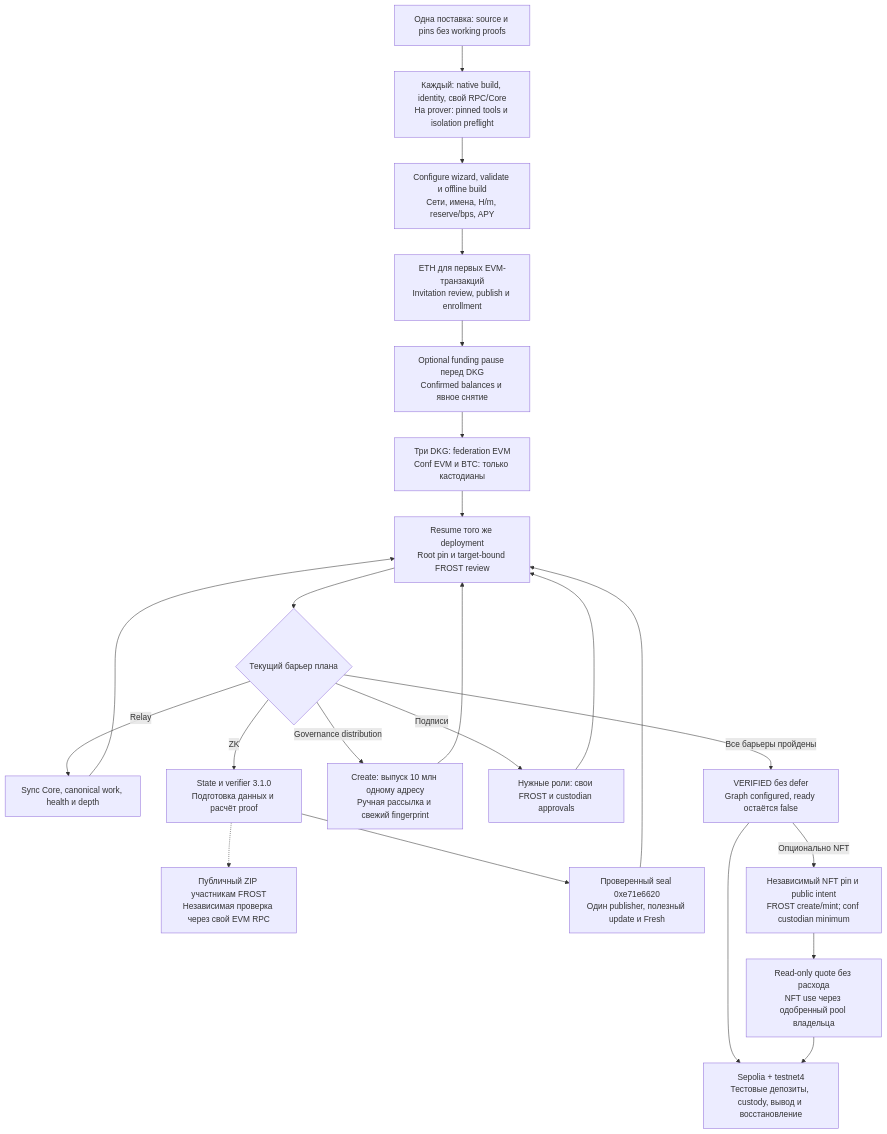
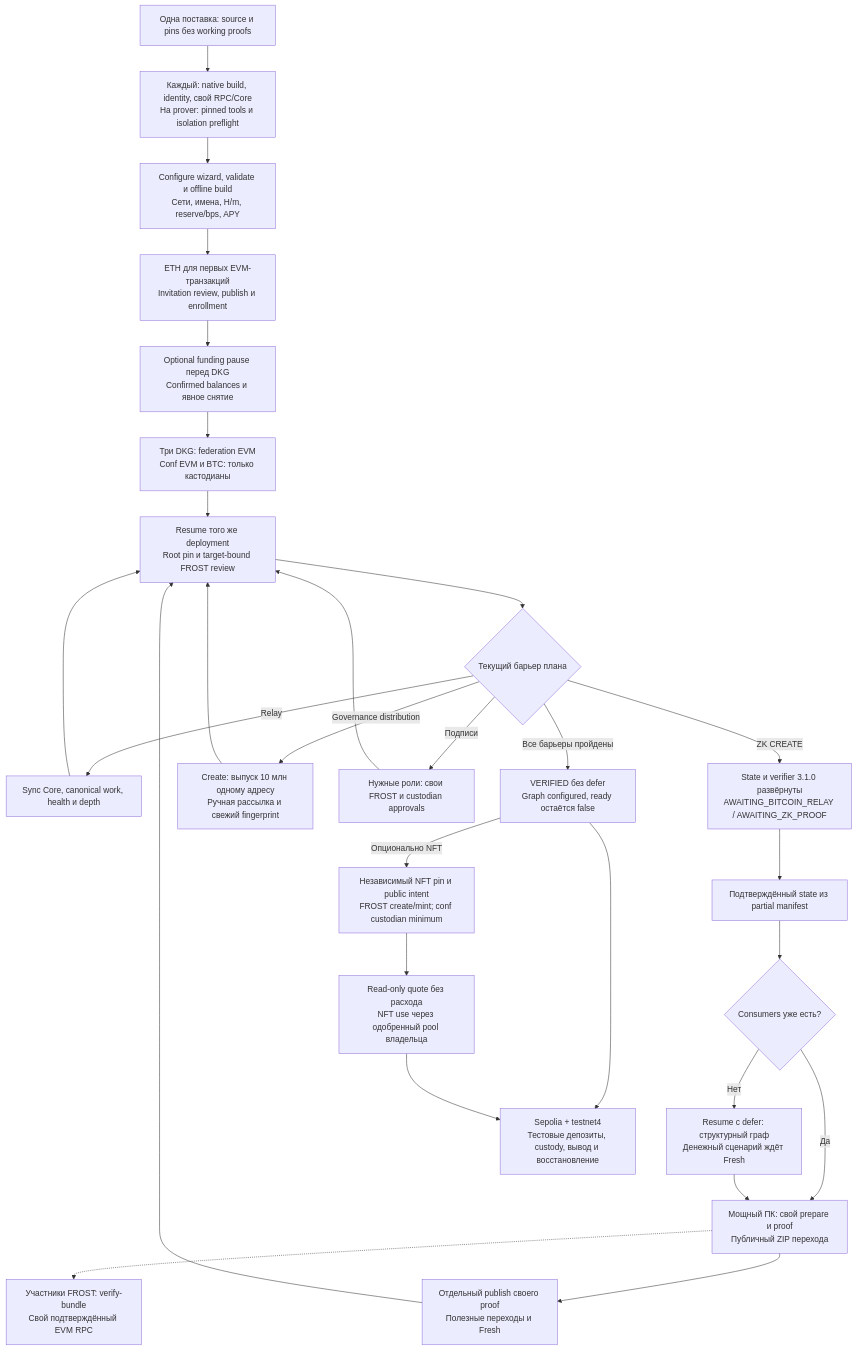
Before and after one commit to SergeyBelets/SatFiSetup: the first of 3 diagrams in docs/LAUNCH_READINESS.md, drawn with Mermaid. The commit also changed other lines of this file and 364 other files, not shown here.

````diff
--- a/docs/LAUNCH_READINESS.md
+++ b/docs/LAUNCH_READINESS.md
@@ -81,25 +88,30 @@
 ```mermaid
 flowchart TD
     S["Одна поставка: source и pins без working proofs"] --> H["Каждый: native build, identity, свой RPC/Core<br/>На prover: pinned tools и isolation preflight"]
     H --> C["Configure wizard, validate и offline build<br/>Сети, имена, H/m, reserve/bps, APY"]
     C --> E["ETH для первых EVM-транзакций<br/>Invitation review, publish и enrollment"]
     E --> F["Optional funding pause перед DKG<br/>Confirmed balances и явное снятие"]
     F --> D["Три DKG: federation EVM<br/>Conf EVM и BTC: только кастодианы"]
     D --> R["Resume того же deployment<br/>Root pin и target-bound FROST review"]
     R --> G{"Текущий барьер плана"}
     G -->|"Relay"| L["Sync Core, canonical work, health и depth"]
-    G -->|"ZK"| Z["State и verifier 3.1.0<br/>Подготовка данных и расчёт proof"]
-    Z -.-> ZR["Публичный ZIP участникам FROST<br/>Независимая проверка через свой EVM RPC"]
-    Z --> ZP["Проверенный seal 0xe71e6620<br/>Один publisher, полезный update и Fresh"]
+    G -->|"ZK CREATE"| Z["State и verifier 3.1.0 развёрнуты<br/>AWAITING_BITCOIN_RELAY / AWAITING_ZK_PROOF"]
+    Z --> M["Подтверждённый state из partial manifest"]
+    M --> K{"Consumers уже есть?"}
+    K -->|"Нет"| DZ["Resume с defer: структурный граф<br/>Денежный сценарий ждёт Fresh"]
+    K -->|"Да"| PR
+    DZ --> PR["Мощный ПК: свой prepare и proof<br/>Публичный ZIP перехода"]
+    PR -.-> ZR["Участники FROST: verify-bundle<br/>Свой подтверждённый EVM RPC"]
+    PR --> ZP["Отдельный publish своего proof<br/>Полезные переходы и Fresh"]
     G -->|"Governance distribution"| U["Create: выпуск 10 млн одному адресу<br/>Ручная рассылка и свежий fingerprint"]
     G -->|"Подписи"| A["Нужные роли: свои FROST и custodian approvals"]
     L --> R
     ZP --> R
     U --> R
     A --> R
     G -->|"Все барьеры пройдены"| V["VERIFIED без defer<br/>Graph configured, ready остаётся false"]
     V --> T["Sepolia + testnet4<br/>Тестовые депозиты, custody, вывод и восстановление"]
     V -->|"Опционально NFT"| N["Независимый NFT pin и public intent<br/>FROST create/mint; conf custodian minimum"]
     N --> Q["Read-only quote без расхода<br/>NFT use через одобренный pool владельца"]
     Q --> T
 ```
````
